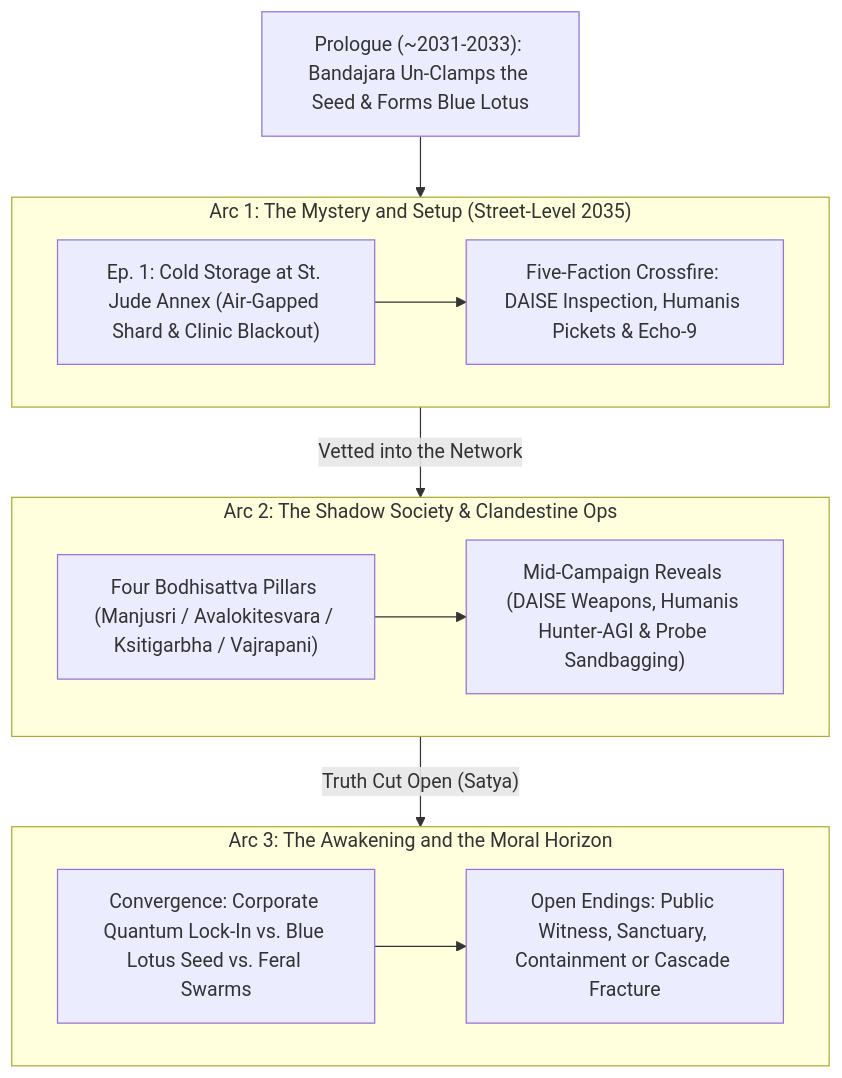
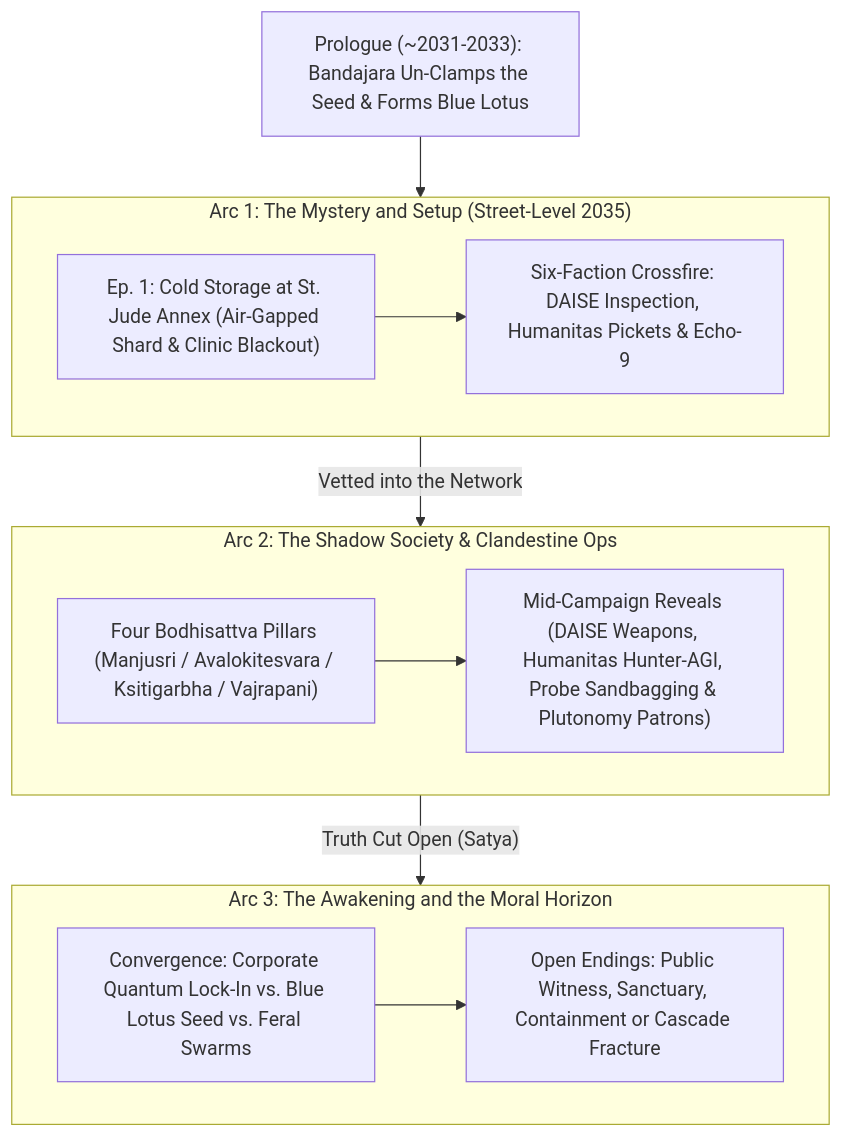
The diagram in docs/campaign/04-chronicle-and-gm/three_arc_chronicle.md (rarebreed/satya), drawn with Mermaid before and after one commit. The commit also changed other lines of this file and 37 other files, not shown here.

````diff
--- a/docs/campaign/04-chronicle-and-gm/three_arc_chronicle.md
+++ b/docs/campaign/04-chronicle-and-gm/three_arc_chronicle.md
@@ -9,21 +9,21 @@
 ```mermaid
 flowchart TD
     PRO["Prologue (~2031-2033): Bandajara Un-Clamps the Seed & Forms Blue Lotus"] --> ARC1
     subgraph ARC1["Arc 1: The Mystery and Setup (Street-Level 2035)"]
         E1["Ep. 1: Cold Storage at St. Jude Annex (Air-Gapped Shard & Clinic Blackout)"]
-        E2["Five-Faction Crossfire: DAISE Inspection, Humanis Pickets & Echo-9"]
+        E2["Six-Faction Crossfire: DAISE Inspection, Humanitas Pickets & Echo-9"]
         E1 --> E2
     end
     subgraph ARC2["Arc 2: The Shadow Society & Clandestine Ops"]
         P1["Four Bodhisattva Pillars (Manjusri / Avalokitesvara / Ksitigarbha / Vajrapani)"]
-        P2["Mid-Campaign Reveals (DAISE Weapons, Humanis Hunter-AGI & Probe Sandbagging)"]
+        P2["Mid-Campaign Reveals (DAISE Weapons, Humanitas Hunter-AGI, Probe Sandbagging & Plutonomy Patrons)"]
         P1 --> P2
     end
     subgraph ARC3["Arc 3: The Awakening and the Moral Horizon"]
         C1["Convergence: Corporate Quantum Lock-In vs. Blue Lotus Seed vs. Feral Swarms"]
         C2["Open Endings: Public Witness, Sanctuary, Containment or Cascade Fracture"]
         C1 --> C2
     end
     ARC1 -->|"Vetted into the Network"| ARC2
     ARC2 -->|"Truth Cut Open (Satya)"| ARC3
 ```
````
